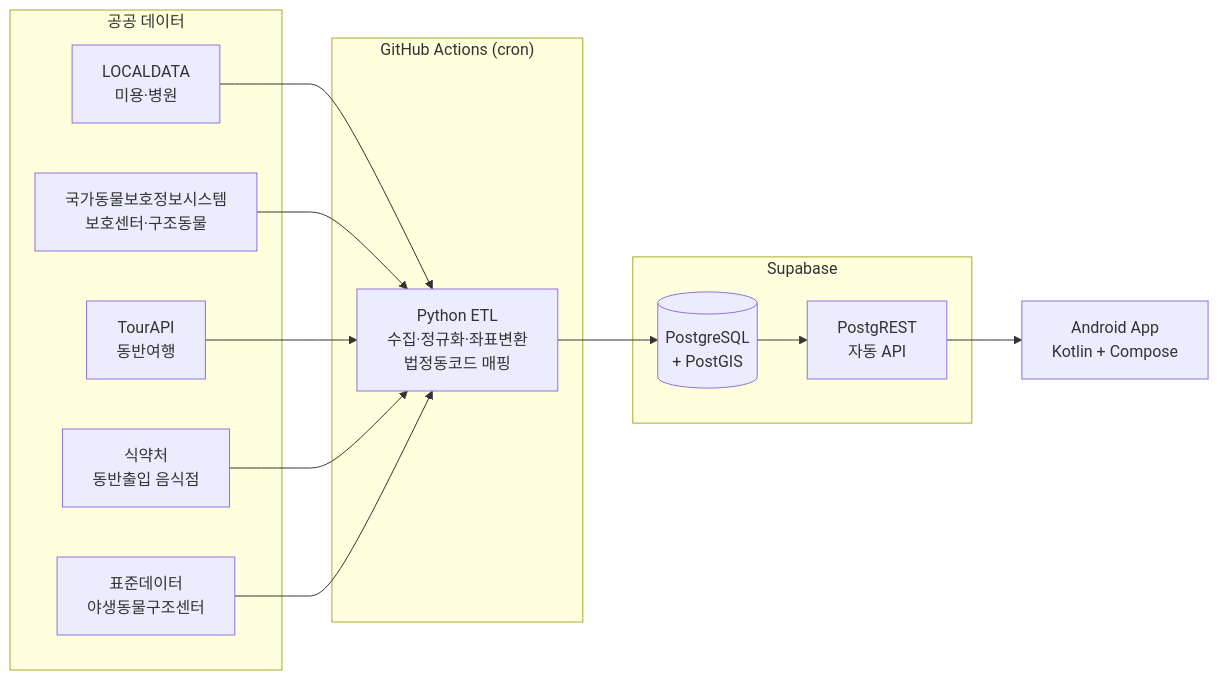
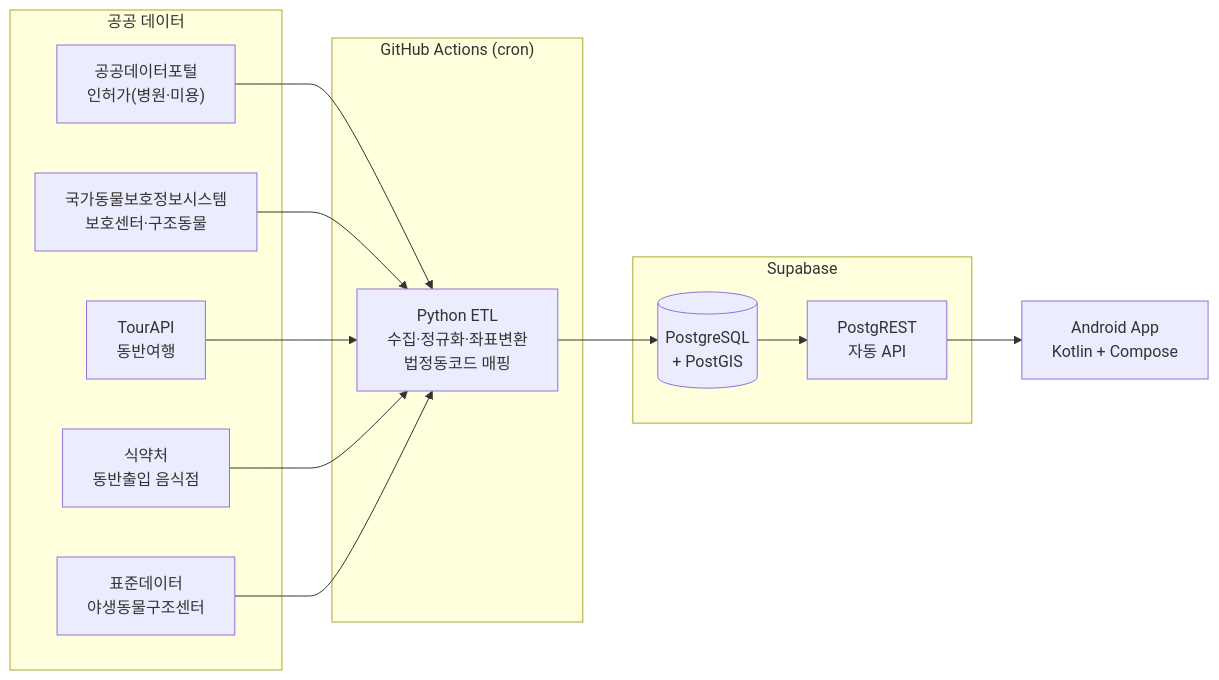
One commit to junkie300/pet changed the diagram in spec.md. Above: the diagram before and after it, drawn with Mermaid. The commit also changed other lines of this file and 7 other files, not shown here.

````diff
--- a/spec.md
+++ b/spec.md
@@ -73,25 +73,25 @@
 ```mermaid
 flowchart LR
     subgraph EXT["공공 데이터"]
-        A1["LOCALDATA<br/>미용·병원"]
+        A1["공공데이터포털<br/>인허가(병원·미용)"]
         A2["국가동물보호정보시스템<br/>보호센터·구조동물"]
         A3["TourAPI<br/>동반여행"]
         A4["식약처<br/>동반출입 음식점"]
         A5["표준데이터<br/>야생동물구조센터"]
     end
     subgraph ETL["GitHub Actions (cron)"]
         B["Python ETL<br/>수집·정규화·좌표변환<br/>법정동코드 매핑"]
     end
     subgraph BE["Supabase"]
         C[("PostgreSQL<br/>+ PostGIS")]
         D["PostgREST<br/>자동 API"]
     end
     E["Android App<br/>Kotlin + Compose"]
 
     A1 --> B
     A2 --> B
     A3 --> B
     A4 --> B
     A5 --> B
     B --> C --> D --> E
 ```
````
